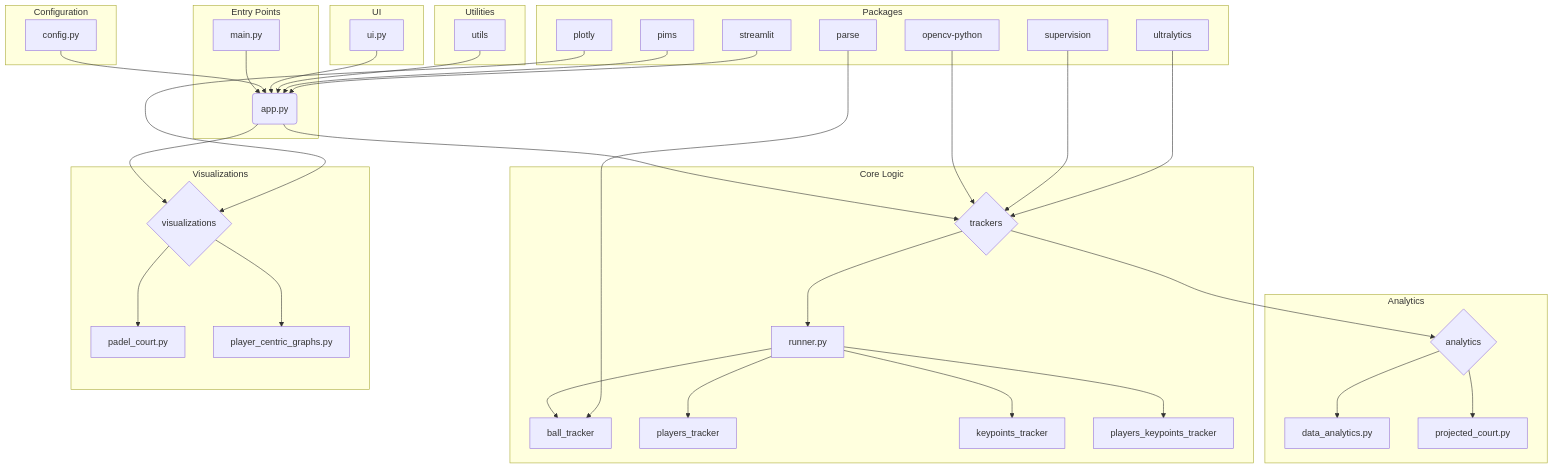
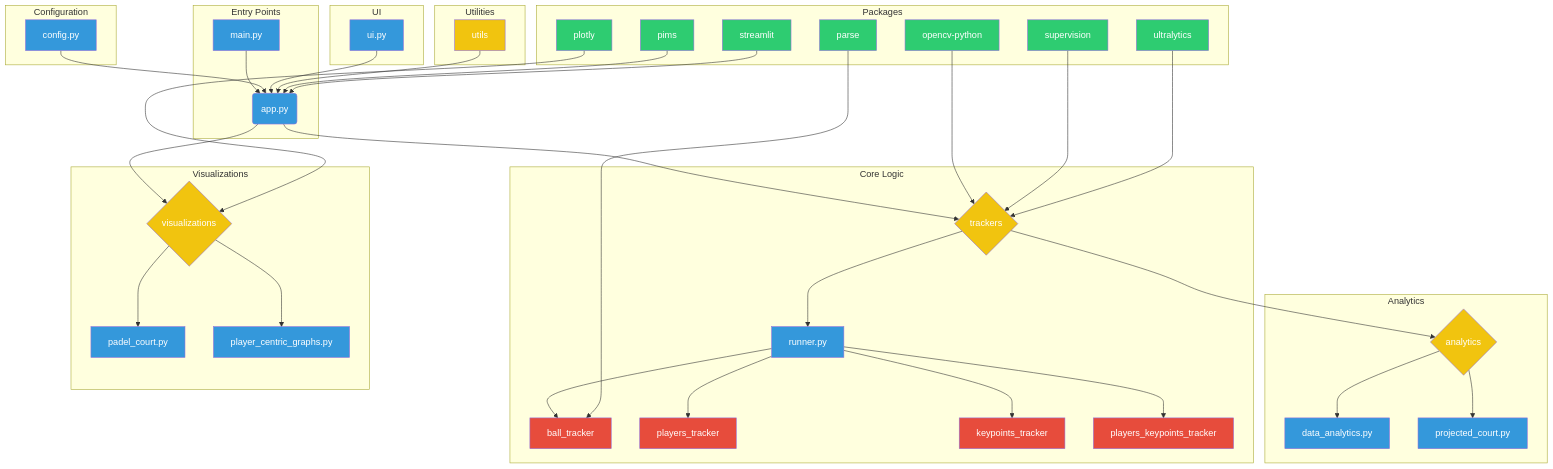
One commit to jlouros/padel_analytics changed the diagram in PROJECT_EXPLANATION.md. Above: the diagram before and after it, drawn with Mermaid.

Commit message:
Improve visual diagram with colors

````diff
--- a/PROJECT_EXPLANATION.md
+++ b/PROJECT_EXPLANATION.md
@@ -117,49 +117,54 @@
 ```mermaid
 graph TD
     subgraph "Entry Points"
-        A[main.py] --> B(app.py)
+        A[main.py]:::python --> B(app.py):::python
     end
 
     subgraph "Configuration"
-        C[config.py] --> B
+        C[config.py]:::python --> B
     end
 
     subgraph "UI"
-        D[ui.py] --> B
+        D[ui.py]:::python --> B
     end
 
     subgraph "Core Logic"
-        B --> E{trackers}
-        E --> F[runner.py]
-        F --> G[ball_tracker]
-        F --> H[players_tracker]
-        F --> I[keypoints_tracker]
-        F --> J[players_keypoints_tracker]
+        B --> E{trackers}:::folder
+        E --> F[runner.py]:::python
+        F --> G[ball_tracker]:::component
+        F --> H[players_tracker]:::component
+        F --> I[keypoints_tracker]:::component
+        F --> J[players_keypoints_tracker]:::component
     end
 
     subgraph "Analytics"
-        E --> K{analytics}
-        K --> L[data_analytics.py]
-        K --> M[projected_court.py]
+        E --> K{analytics}:::folder
+        K --> L[data_analytics.py]:::python
+        K --> M[projected_court.py]:::python
     end
 
     subgraph "Visualizations"
-        B --> N{visualizations}
-        N --> O[padel_court.py]
-        N --> P[player_centric_graphs.py]
+        B --> N{visualizations}:::folder
+        N --> O[padel_court.py]:::python
+        N --> P[player_centric_graphs.py]:::python
     end
 
     subgraph "Utilities"
-        Q[utils] --> B
+        Q[utils]:::folder --> B
     end
 
     subgraph "Packages"
-        R[opencv-python] --> E
-        S[pims] --> B
-        T[plotly] --> N
-        U[supervision] --> E
-        V[ultralytics] --> E
-        W[streamlit] --> B
-        X[parse] --> G
+        R[opencv-python]:::package --> E
+        S[pims]:::package --> B
+        T[plotly]:::package --> N
+        U[supervision]:::package --> E
+        V[ultralytics]:::package --> E
+        W[streamlit]:::package --> B
+        X[parse]:::package --> G
     end
+
+    classDef python fill:#3498DB,color:#fff
+    classDef folder fill:#F1C40F,color:#fff
+    classDef component fill:#E74C3C,color:#fff
+    classDef package fill:#2ECC71,color:#fff
 ```
````
